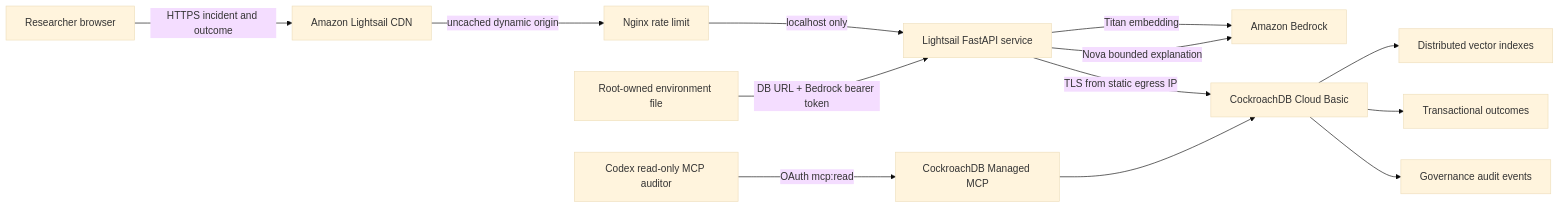
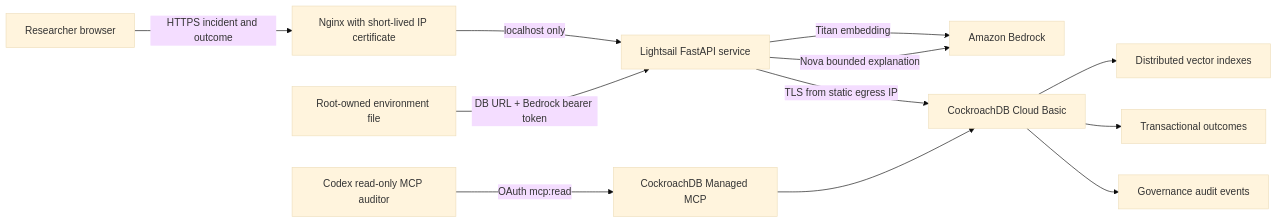
The diagram in docs/ARCHITECTURE.md (spectramaster/labrecall-ai), drawn with Mermaid (base theme) before and after one commit. The commit also changed other lines of this file and 8 other files, not shown here.

````diff
--- a/docs/ARCHITECTURE.md
+++ b/docs/ARCHITECTURE.md
@@ -3,15 +3,14 @@
 ```mermaid
 flowchart LR
-    U["Researcher browser"] -->|"HTTPS incident and outcome"| D["Amazon Lightsail CDN"]
-    D -->|"uncached dynamic origin"| N["Nginx rate limit"]
+    U["Researcher browser"] -->|"HTTPS incident and outcome"| N["Nginx with short-lived IP certificate"]
     N -->|"localhost only"| L["Lightsail FastAPI service"]
     L -->|"Titan embedding"| B["Amazon Bedrock"]
     L -->|"Nova bounded explanation"| B
     L -->|"TLS from static egress IP"| C["CockroachDB Cloud Basic"]
     C --> V["Distributed vector indexes"]
     C --> T["Transactional outcomes"]
     C --> A["Governance audit events"]
     S["Codex read-only MCP auditor"] -->|"OAuth mcp:read"| M["CockroachDB Managed MCP"]
     M --> C
     K["Root-owned environment file"] -->|"DB URL + Bedrock bearer token"| L
 ```
````
